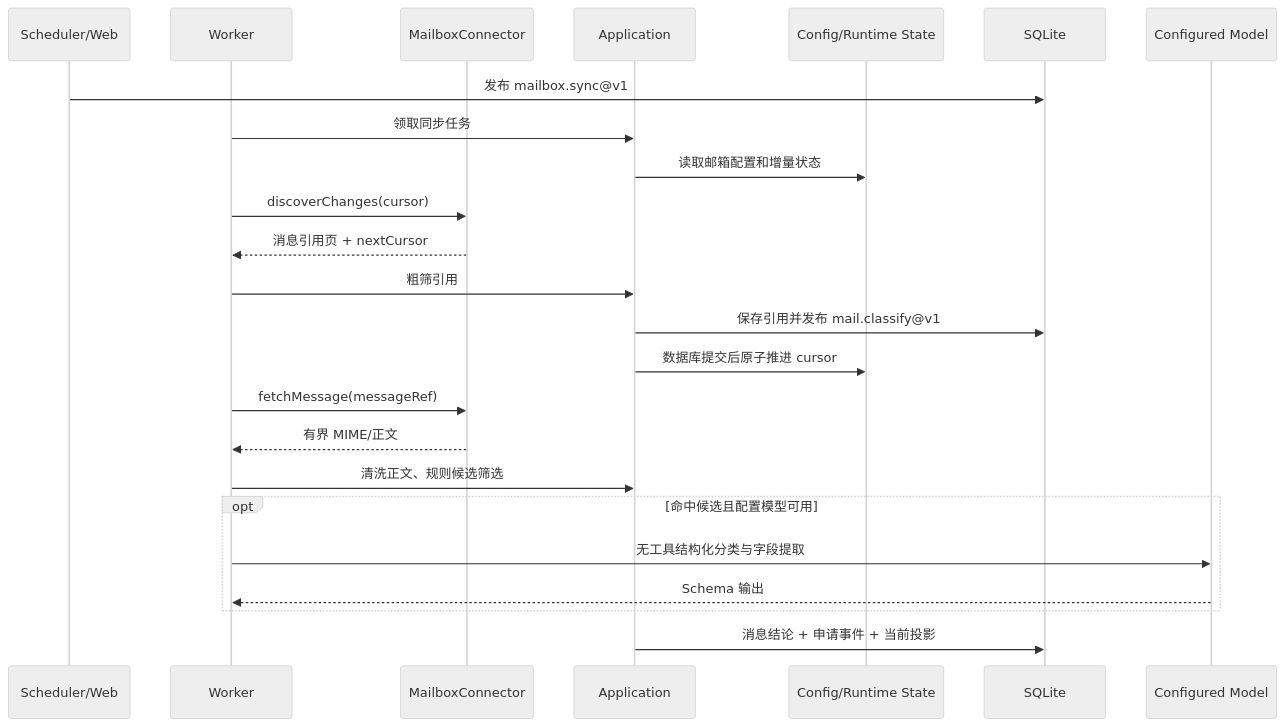
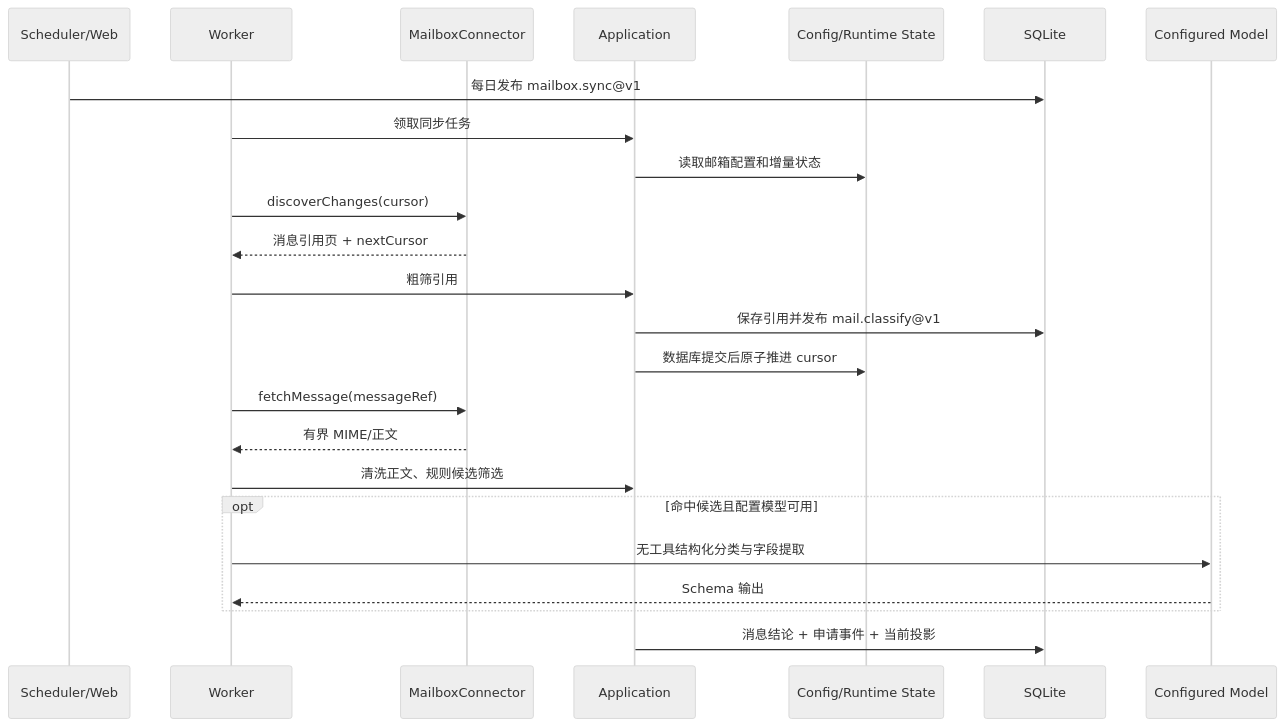
The diagram in specs/029-recruitment-mail/design.md (MonarchMan/JobHunter), drawn with Mermaid (neutral theme) before and after one commit. The commit also changed other lines of this file and 16 other files, not shown here.

````diff
--- a/specs/029-recruitment-mail/design.md
+++ b/specs/029-recruitment-mail/design.md
@@ -178,27 +178,27 @@
 ```mermaid
 sequenceDiagram
     participant S as Scheduler/Web
     participant W as Worker
     participant C as MailboxConnector
     participant A as Application
     participant F as Config/Runtime State
     participant D as SQLite
     participant M as Configured Model
 
-    S->>D: 发布 mailbox.sync@v1
+    S->>D: 每日发布 mailbox.sync@v1
     W->>A: 领取同步任务
     A->>F: 读取邮箱配置和增量状态
     W->>C: discoverChanges(cursor)
     C-->>W: 消息引用页 + nextCursor
     W->>A: 粗筛引用
     A->>D: 保存引用并发布 mail.classify@v1
     A->>F: 数据库提交后原子推进 cursor
     W->>C: fetchMessage(messageRef)
     C-->>W: 有界 MIME/正文
     W->>A: 清洗正文、规则候选筛选
     opt 命中候选且配置模型可用
         W->>M: 无工具结构化分类与字段提取
         M-->>W: Schema 输出
     end
     A->>D: 消息结论 + 申请事件 + 当前投影
 ```
````
